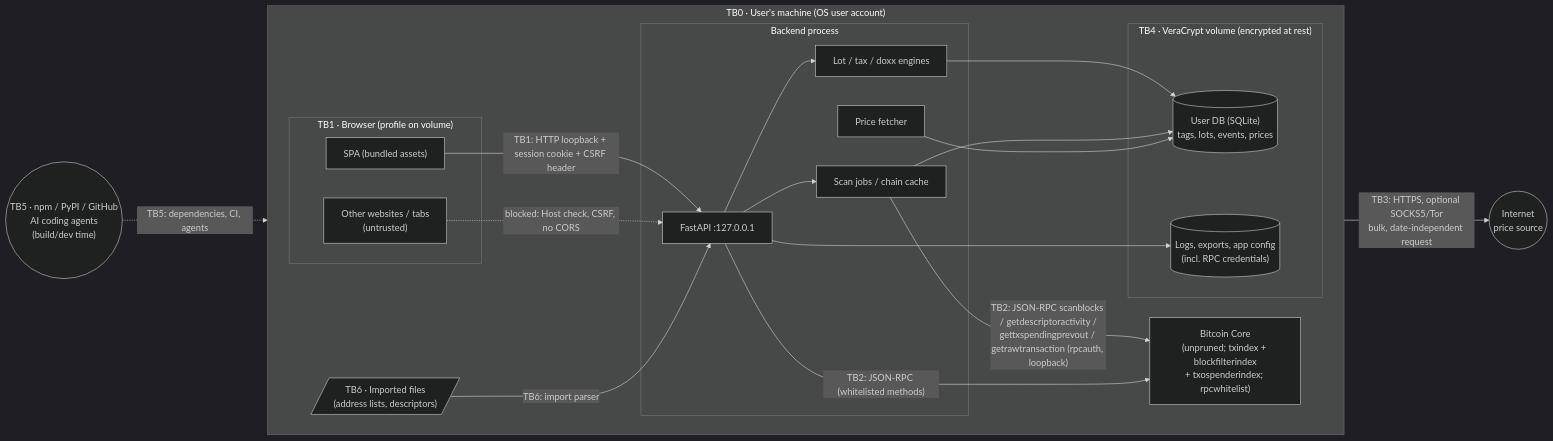
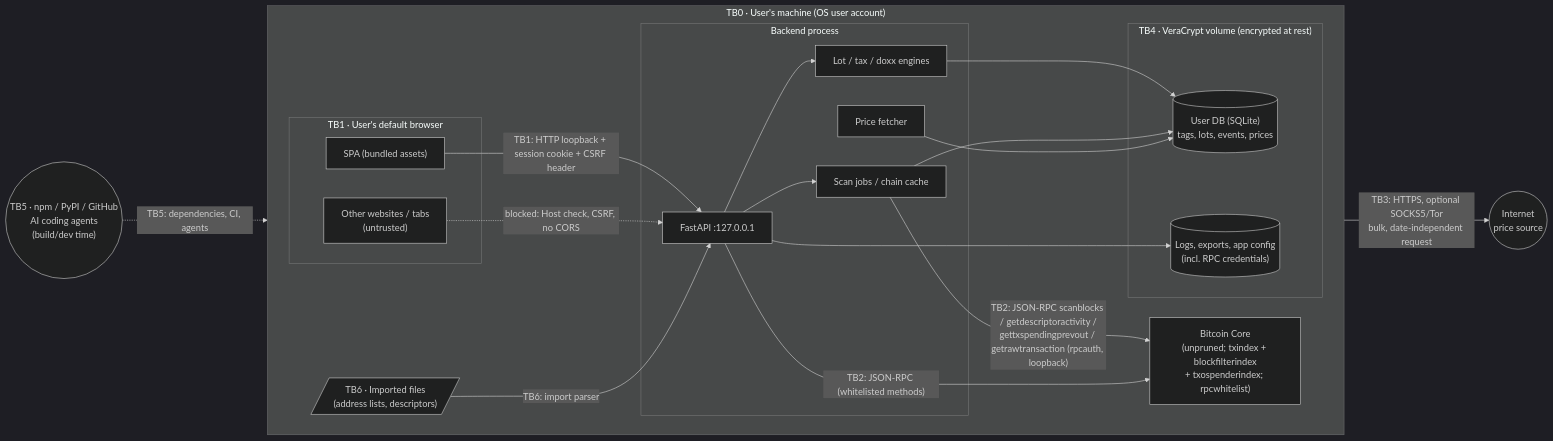
The diagram in docs/THREAT_MODEL.md (kristovatlas/coin-accounting), drawn with Mermaid (dark theme) before and after one commit. The commit also changed other lines of this file and 1 other file, not shown here.

Commit message:
No managed browser profile in v1: open default browser, accept R-5

````diff
--- a/docs/THREAT_MODEL.md
+++ b/docs/THREAT_MODEL.md
@@ -38,38 +38,38 @@
 ```mermaid
 flowchart LR
   subgraph TB0["TB0 · User's machine (OS user account)"]
     direction LR
-    subgraph TB1["TB1 · Browser (profile on volume)"]
+    subgraph TB1["TB1 · User's default browser"]
       UI["SPA (bundled assets)"]
       OtherTabs["Other websites / tabs<br/>(untrusted)"]
     end
     FILES[/"TB6 · Imported files<br/>(address lists, descriptors)"/]
     subgraph APP["Backend process"]
       API["FastAPI :127.0.0.1"]
       SCAN["Scan jobs / chain cache"]
       TAX["Lot / tax / doxx engines"]
       PRC["Price fetcher"]
     end
     subgraph TB4V["TB4 · VeraCrypt volume (encrypted at rest)"]
       UDB[("User DB (SQLite)<br/>tags, lots, events, prices")]
       LOGS[("Logs, exports, app config<br/>(incl. RPC credentials)")]
     end
     NODE["Bitcoin Core<br/>(unpruned; txindex + blockfilterindex<br/>+ txospenderindex; rpcwhitelist)"]
   end
   NET(("Internet<br/>price source"))
   SUPPLY(("TB5 · npm / PyPI / GitHub<br/>AI coding agents<br/>(build/dev time)"))
 
   UI -- "TB1: HTTP loopback + session cookie + CSRF header" --> API
   OtherTabs -. "blocked: Host check, CSRF, no CORS" .-> API
   FILES -- "TB6: import parser" --> API
   API --> TAX
   TAX --> UDB
   API --> LOGS
   SCAN -- "TB2: JSON-RPC scanblocks / getdescriptoractivity /<br/>gettxspendingprevout / getrawtransaction (rpcauth, loopback)" --> NODE
   API -- "TB2: JSON-RPC (whitelisted methods)" --> NODE
   API --> SCAN
   SCAN --> UDB
   PRC -- "TB3: HTTPS, optional SOCKS5/Tor<br/>bulk, date-independent request" --> NET
   PRC --> UDB
   SUPPLY -. "TB5: dependencies, CI, agents" .-> APP
 ```
````
